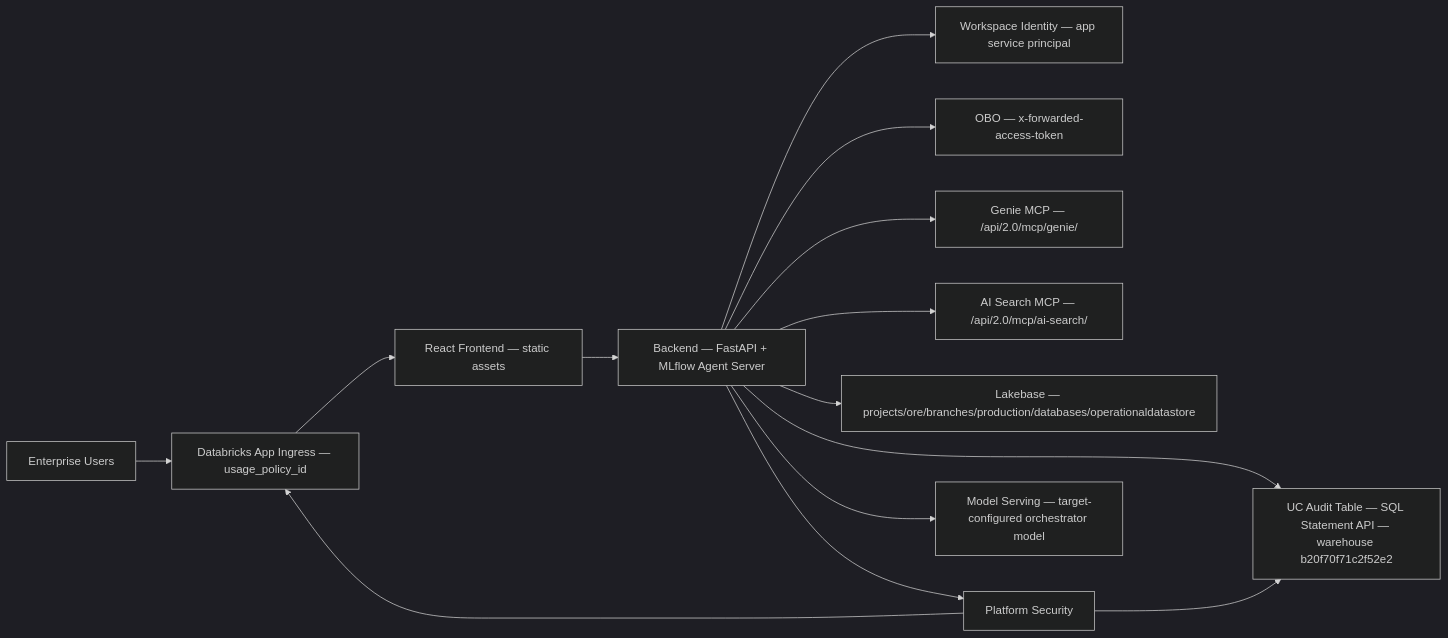
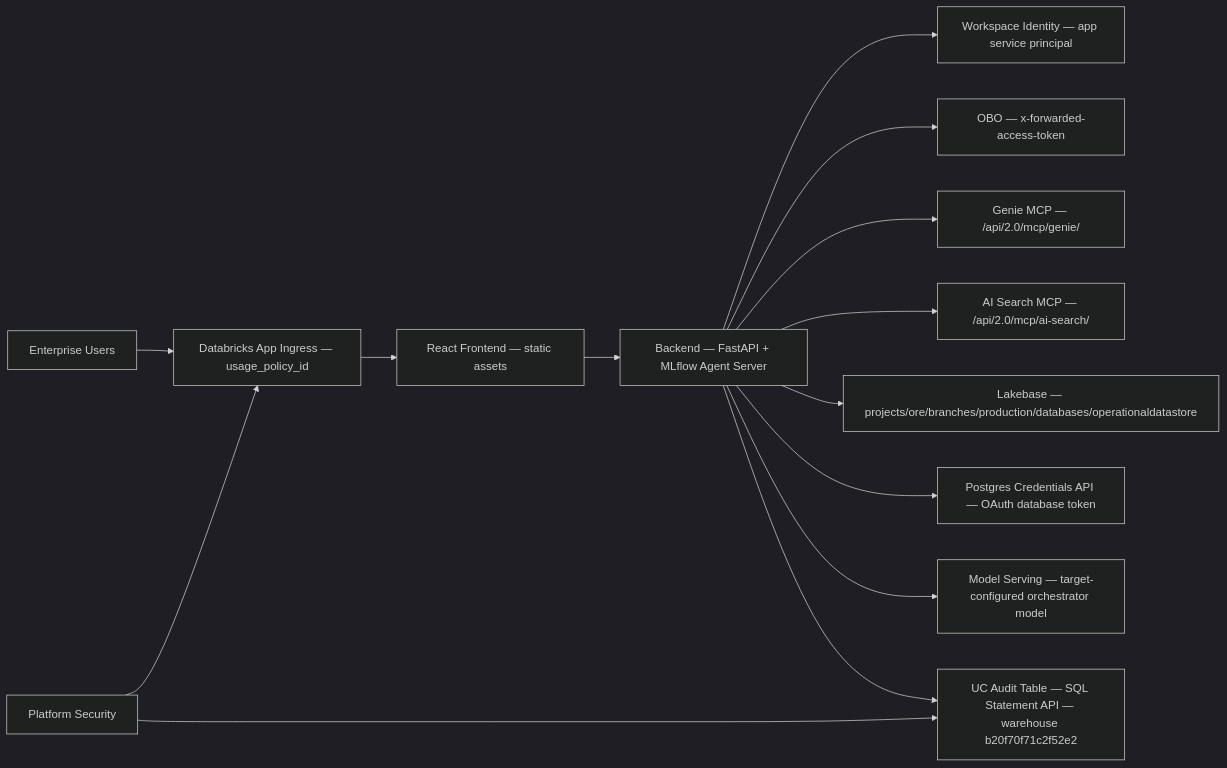
Before and after one commit to wchen-dea/Governed-Multi-Agent-Intelligence-on-Databricks: the first of 5 diagrams in docs/architecture/design-artifacts/06-deployment-detailed.md, drawn with Mermaid (dark theme). The commit also changed other lines of this file and 14 other files, not shown here.

````diff
--- a/docs/architecture/design-artifacts/06-deployment-detailed.md
+++ b/docs/architecture/design-artifacts/06-deployment-detailed.md
@@ -7,18 +7,18 @@
 ```mermaid
 flowchart LR
     User[Enterprise Users] --> Ingress[Databricks App Ingress — usage_policy_id]
     Ingress --> FE[React Frontend — static assets]
     FE --> BE[Backend — FastAPI + MLflow Agent Server]
 
     BE --> IDP[Workspace Identity — app service principal]
     BE --> OBO[OBO — x-forwarded-access-token]
     BE --> GENIE[Genie MCP — /api/2.0/mcp/genie/]
     BE --> AIS[AI Search MCP — /api/2.0/mcp/ai-search/]
     BE --> LB[Lakebase — projects/ore/branches/production/databases/operationaldatastore]
-    BE --> SEC[Databricks Secret — multiagent_app/lakebase_pg_password]
+    BE --> OAuth[Postgres Credentials API — OAuth database token]
     BE --> FM[Model Serving — target-configured orchestrator model]
     BE --> UC[UC Audit Table — SQL Statement API — warehouse b20f70f71c2f52e2]
 
     SEC[Platform Security] --> Ingress
     SEC --> UC
 ```
````
